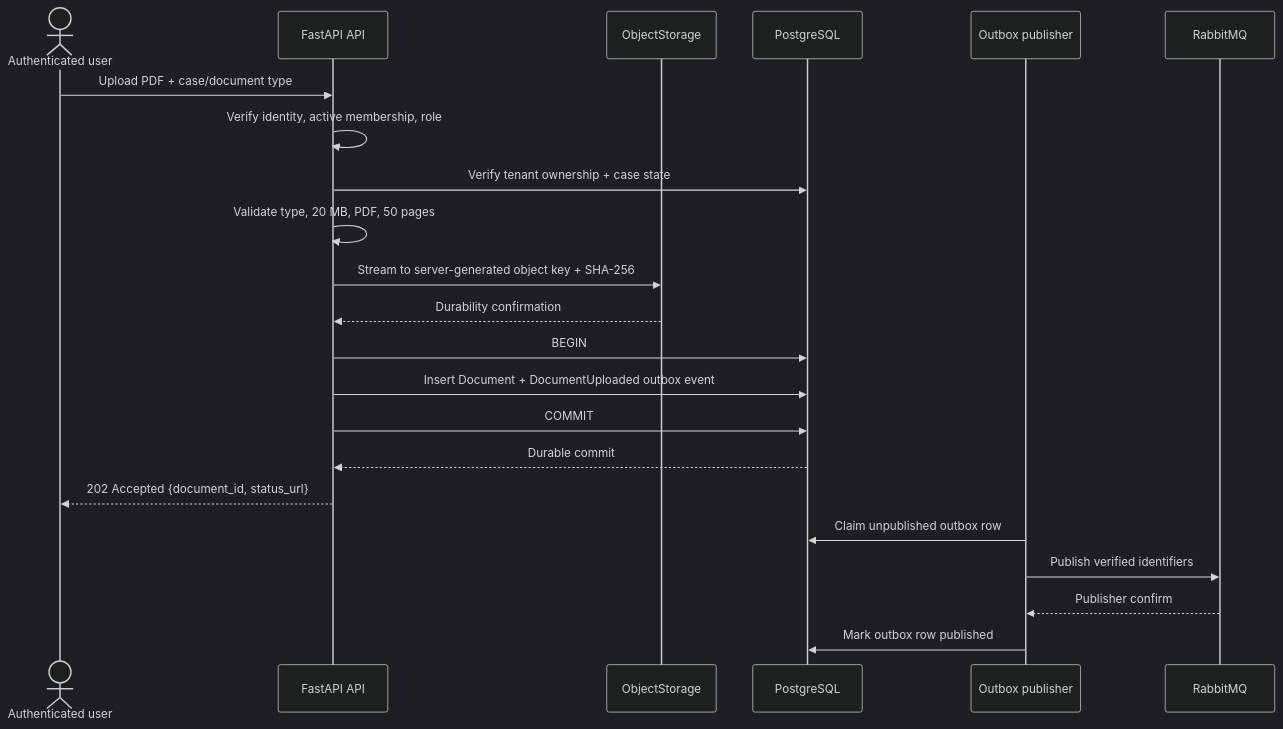
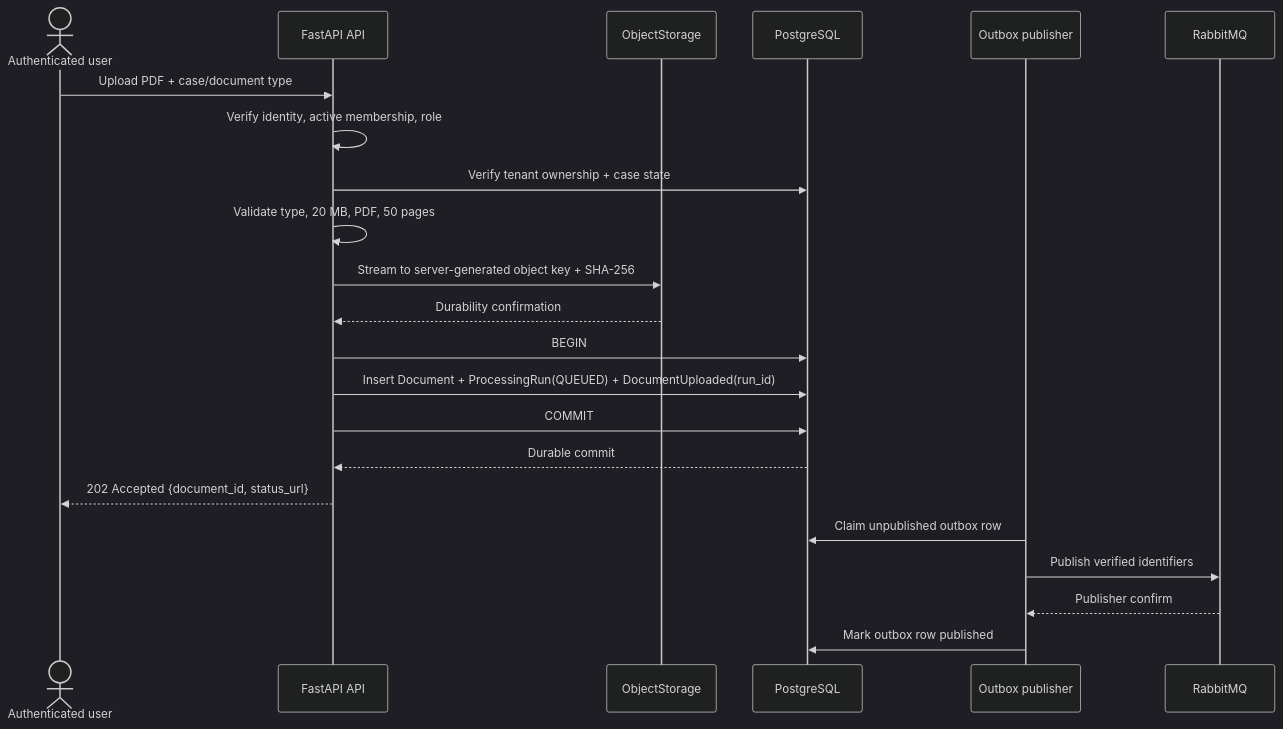
The first of 2 diagrams in capstone/enterprise-document-agent/docs/architecture/ingestion-pipeline.md (CodeDaoVietNam/AI-Engineer-Road-Map), drawn with Mermaid (dark theme) before and after one commit. The commit also changed other lines of this file and 5 other files, not shown here.

Commit message:
docs: close workflow architecture gaps

````diff
--- a/capstone/enterprise-document-agent/docs/architecture/ingestion-pipeline.md
+++ b/capstone/enterprise-document-agent/docs/architecture/ingestion-pipeline.md
@@ -20,25 +20,25 @@
 ```mermaid
 sequenceDiagram
     actor U as Authenticated user
     participant API as FastAPI API
     participant OS as ObjectStorage
     participant DB as PostgreSQL
     participant OB as Outbox publisher
     participant MQ as RabbitMQ
 
     U->>API: Upload PDF + case/document type
     API->>API: Verify identity, active membership, role
     API->>DB: Verify tenant ownership + case state
     API->>API: Validate type, 20 MB, PDF, 50 pages
     API->>OS: Stream to server-generated object key + SHA-256
     OS-->>API: Durability confirmation
     API->>DB: BEGIN
-    API->>DB: Insert Document + DocumentUploaded outbox event
+    API->>DB: Insert Document + ProcessingRun(QUEUED) + DocumentUploaded(run_id)
     API->>DB: COMMIT
     DB-->>API: Durable commit
     API-->>U: 202 Accepted {document_id, status_url}
     OB->>DB: Claim unpublished outbox row
     OB->>MQ: Publish verified identifiers
     MQ-->>OB: Publisher confirm
     OB->>DB: Mark outbox row published
 ```
````
